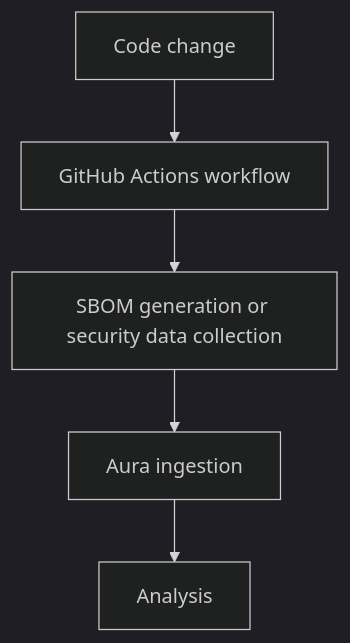
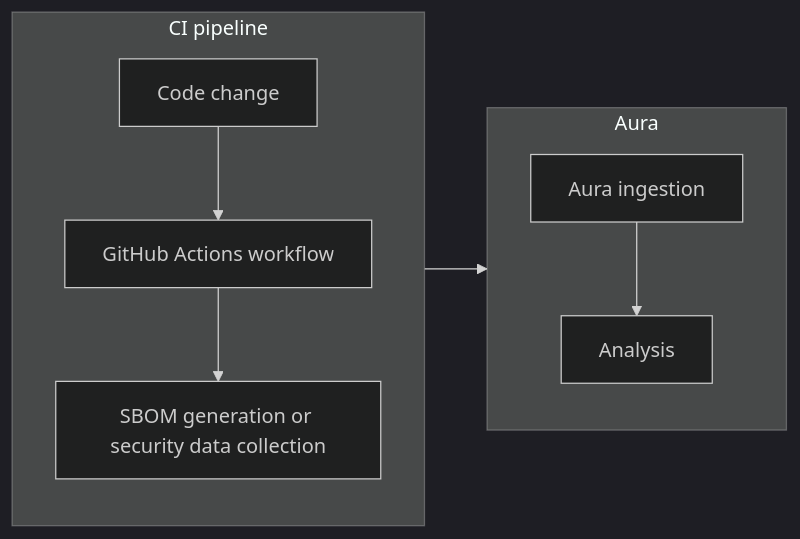
The diagram in src/content/docs/integrations/github-actions.md (Linuscent/aura-help), drawn with Mermaid (dark theme) before and after one commit. The commit also changed 11 other files, not shown here.

Commit message:
docs: improve Mermaid workflow diagrams

````diff
--- a/src/content/docs/integrations/github-actions.md
+++ b/src/content/docs/integrations/github-actions.md
@@ -12,7 +12,13 @@
 ```mermaid
-flowchart TD
-    A[Code change] --> B[GitHub Actions workflow]
-    B --> C[SBOM generation or security data collection]
-    C --> D[Aura ingestion]
-    D --> E[Analysis]
+flowchart LR
+    subgraph ci["CI pipeline"]
+        direction TB
+        A[Code change] --> B[GitHub Actions workflow] --> C[SBOM generation or security data collection]
+    end
+    subgraph aura["Aura"]
+        direction TB
+        D[Aura ingestion] --> E[Analysis]
+    end
+
+    ci --> aura
 ```
````
